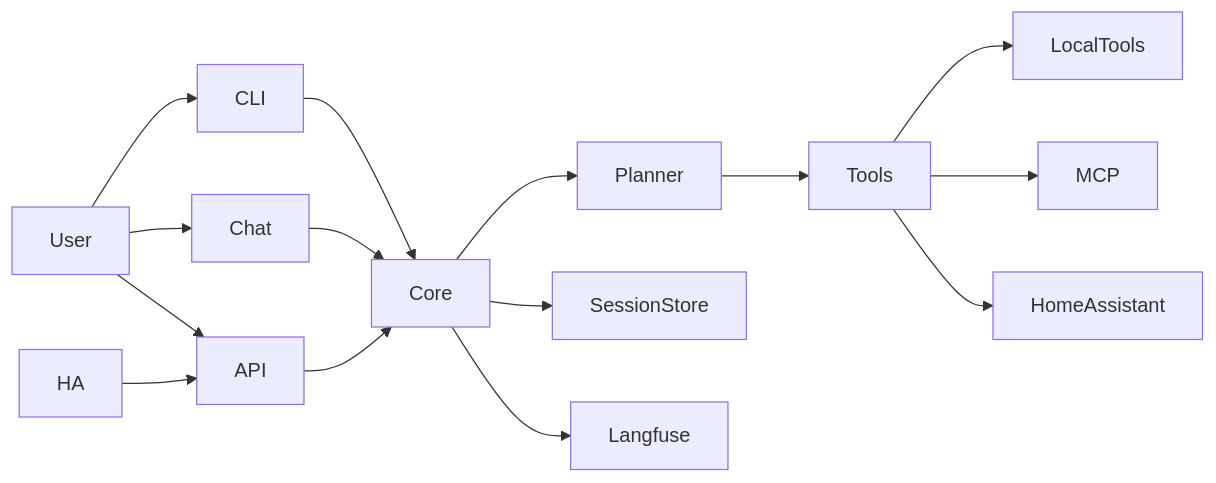
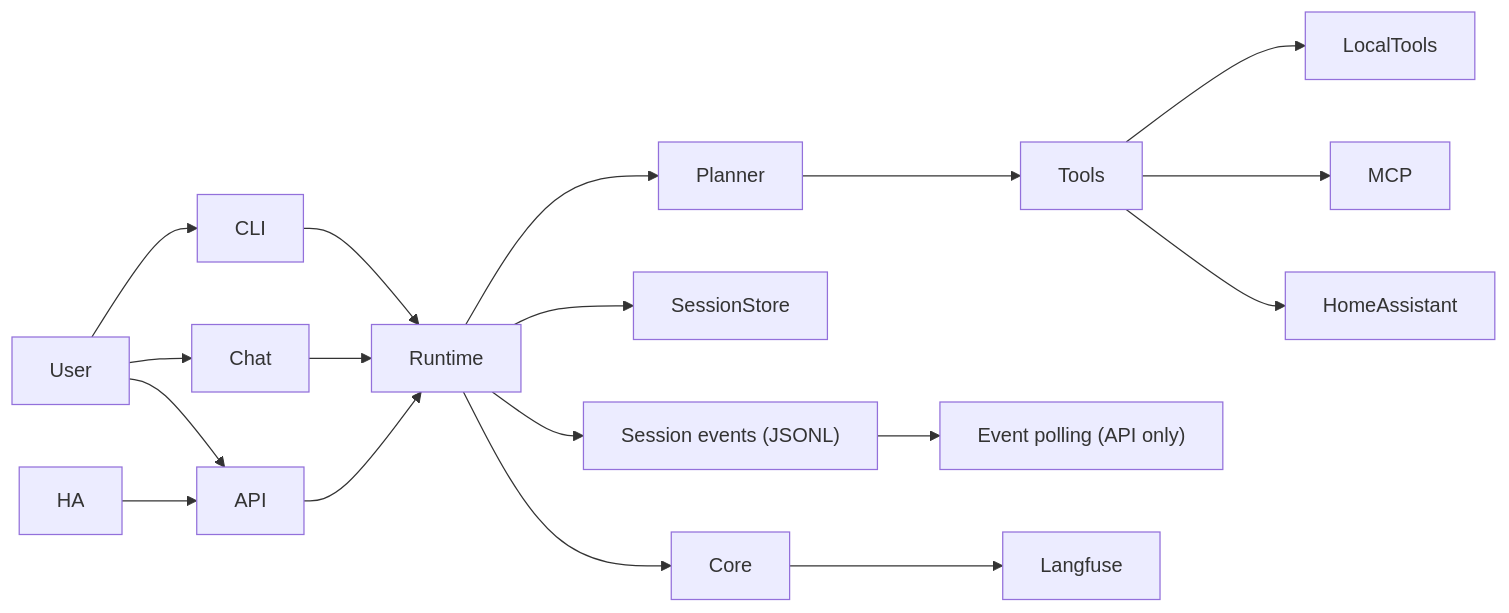
The diagram in docs/index.md (bearlike/Personal-Assistant), drawn with Mermaid before and after one commit. The commit also changed other lines of this file and 33 other files, not shown here.

First line of the commit message:
✨ feat(api): add session runtime + API session controls (#50)

````diff
--- a/docs/index.md
+++ b/docs/index.md
@@ -46,17 +49,20 @@
 ```mermaid
 flowchart LR
   User --> CLI
   User --> Chat
   User --> API
   HA --> API
-  CLI --> Core
-  Chat --> Core
-  API --> Core
-  Core --> Planner
+  CLI --> Runtime
+  Chat --> Runtime
+  API --> Runtime
+  Runtime --> Core
+  Runtime --> SessionStore
+  Runtime --> Planner
   Planner --> Tools
   Tools --> LocalTools
   Tools --> MCP
   Tools --> HomeAssistant
-  Core --> SessionStore
+  Runtime --> Events["Session events (JSONL)"]
+  Events --> Polling["Event polling (API only)"]
   Core --> Langfuse
 ```
````
